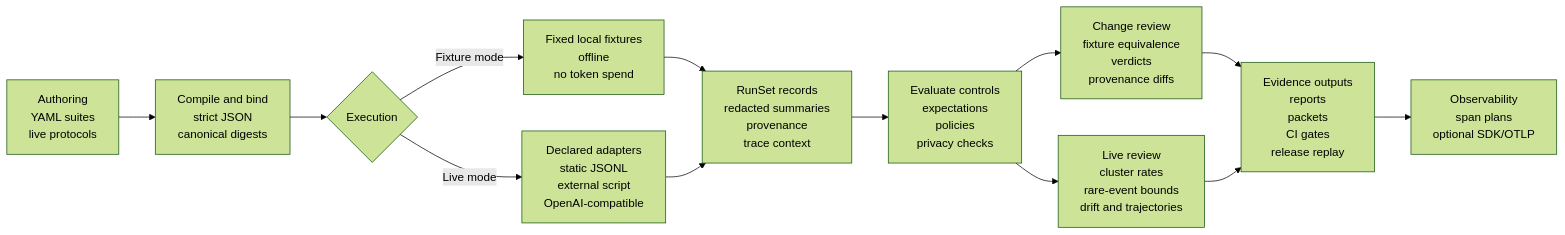
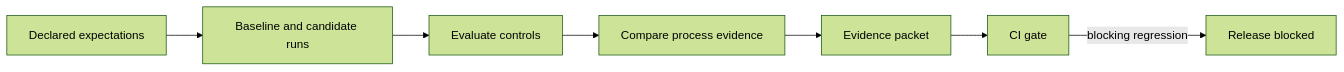
One commit to acblabs/agent-assure changed the second of 2 diagrams in README.md. Above: the diagram before and after it, drawn with Mermaid (forest theme). The commit also changed other lines of this file and 1 other file, not shown here.

````diff
--- a/README.md
+++ b/README.md
@@ -191,15 +137,9 @@
 ```mermaid
 flowchart LR
-  A[Authoring<br/>YAML suites<br/>live protocols] --> B[Compile and bind<br/>strict JSON<br/>canonical digests]
-  B --> C{Execution}
-  C -->|Fixture mode| D[Fixed local fixtures<br/>offline<br/>no token spend]
-  C -->|Live mode| E[Declared adapters<br/>static JSONL<br/>external script<br/>OpenAI-compatible]
-  D --> F[RunSet records<br/>redacted summaries<br/>provenance<br/>trace context]
-  E --> F
-  F --> G[Evaluate controls<br/>expectations<br/>policies<br/>privacy checks]
-  G --> H[Change review<br/>fixture equivalence<br/>verdicts<br/>provenance diffs]
-  G --> I[Live review<br/>cluster rates<br/>rare-event bounds<br/>drift and trajectories]
-  H --> J[Evidence outputs<br/>reports<br/>packets<br/>CI gates<br/>release replay]
-  I --> J
-  J --> K[Observability<br/>span plans<br/>optional SDK/OTLP]
+  A[Declared expectations] --> B[Baseline and candidate runs]
+  B --> C[Evaluate controls]
+  C --> D[Compare process evidence]
+  D --> E[Evidence packet]
+  E --> F[CI gate]
+  F -->|blocking regression| G[Release blocked]
 ```
````
